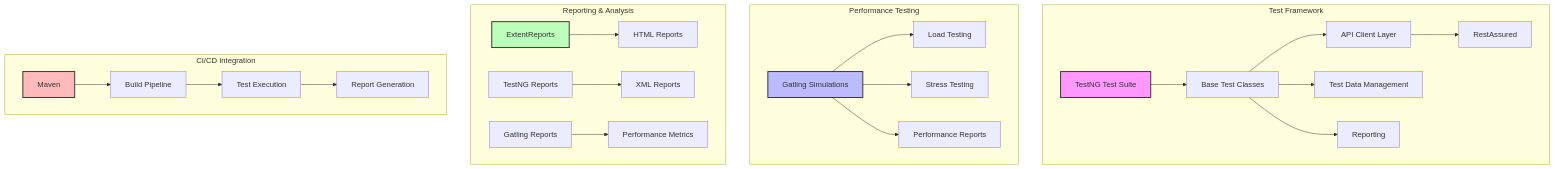
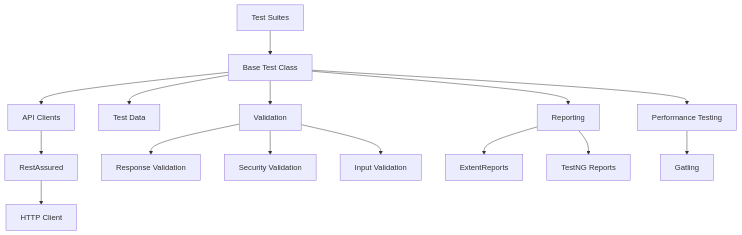
The first of 3 diagrams in README.md (yogeshwankhede007/eReservations), drawn with Mermaid before and after one commit. The commit also changed other lines of this file and 1 other file, not shown here.

Commit message:
refactor: Remove screenshot functionality and update documentation - Remove screenshots directory and related code - Update README with accurate project structure - Clean up BaseBookingTest class

````diff
--- a/README.md
+++ b/README.md
@@ -7,33 +7,17 @@
 ```mermaid
 graph TD
-    subgraph "Test Framework"
-        A[TestNG Test Suite] --> B[Base Test Classes]
-        B --> C[API Client Layer]
-        C --> D[RestAssured]
-        B --> E[Test Data Management]
-        B --> F[Reporting]
-    end
-
-    subgraph "Performance Testing"
-        G[Gatling Simulations] --> H[Load Testing]
-        G --> I[Stress Testing]
-        G --> J[Performance Reports]
-    end
-
-    subgraph "Reporting & Analysis"
-        K[ExtentReports] --> L[HTML Reports]
-        M[TestNG Reports] --> N[XML Reports]
-        O[Gatling Reports] --> P[Performance Metrics]
-    end
-
-    subgraph "CI/CD Integration"
-        Q[Maven] --> R[Build Pipeline]
-        R --> S[Test Execution]
-        S --> T[Report Generation]
-    end
-
-    style A fill:#f9f,stroke:#333,stroke-width:2px
-    style G fill:#bbf,stroke:#333,stroke-width:2px
-    style K fill:#bfb,stroke:#333,stroke-width:2px
-    style Q fill:#fbb,stroke:#333,stroke-width:2px
+    A[Test Suites] --> B[Base Test Class]
+    B --> C[API Clients]
+    C --> D[RestAssured]
+    D --> E[HTTP Client]
+    B --> F[Test Data]
+    B --> G[Validation]
+    G --> H[Response Validation]
+    G --> I[Security Validation]
+    G --> J[Input Validation]
+    B --> K[Reporting]
+    K --> L[ExtentReports]
+    K --> M[TestNG Reports]
+    B --> N[Performance Testing]
+    N --> O[Gatling]
 ```
````
